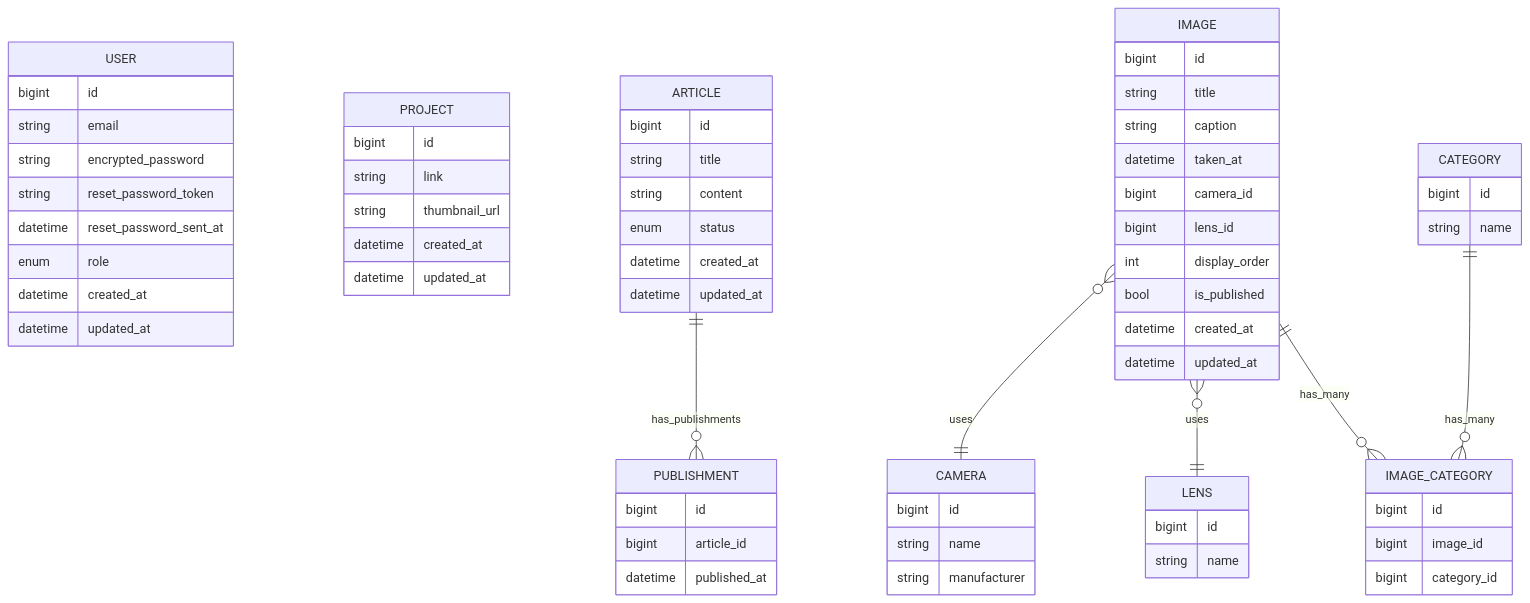
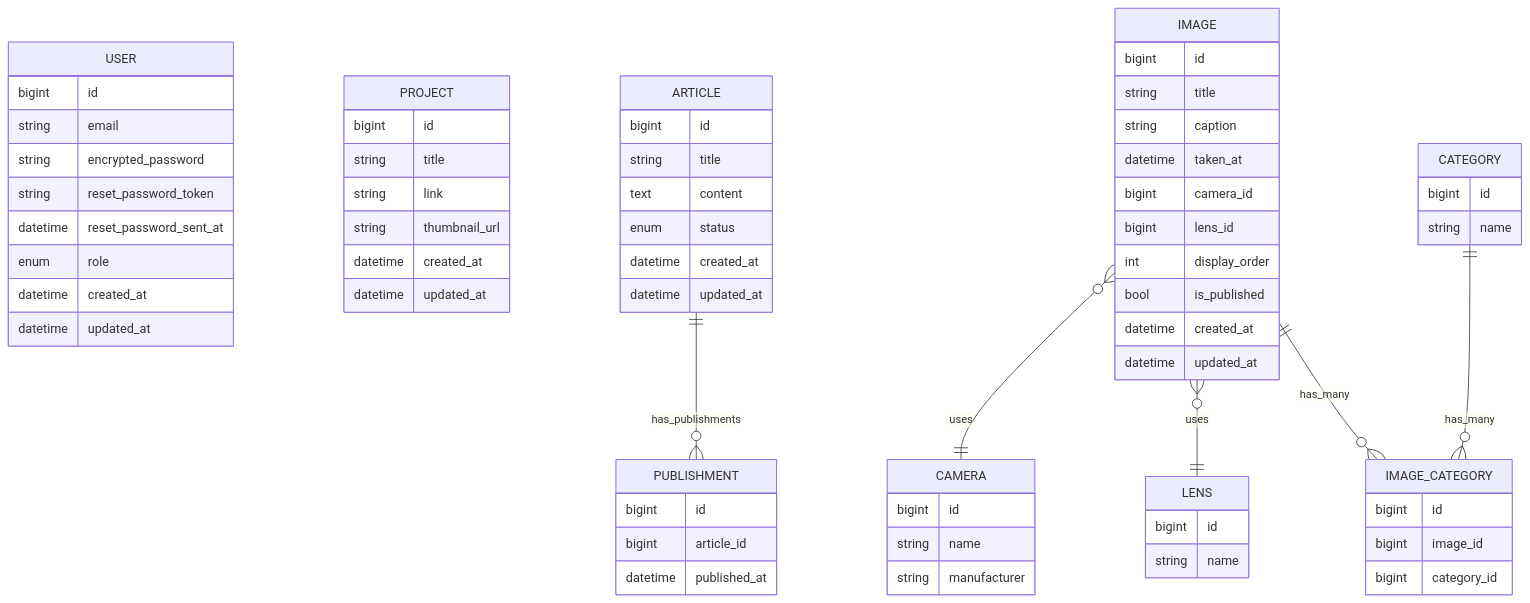
Before and after one commit to huji333/portfolio: the diagram in README.md, drawn with Mermaid. The commit also changed 37 other files, not shown here.

````diff
--- a/README.md
+++ b/README.md
@@ -5,68 +5,69 @@
 ```mermaid
 erDiagram
   USER{
     bigint id
     string email
     string encrypted_password
     string reset_password_token
     datetime reset_password_sent_at
     enum role
     datetime created_at
     datetime updated_at
   }
   PROJECT{
     bigint id
+    string title
     string link
     string thumbnail_url
     datetime created_at
     datetime updated_at
   }
   ARTICLE ||--o{ PUBLISHMENT : has_publishments
   ARTICLE{
     bigint id
     string title
-    string content
+    text content
     enum status
     datetime created_at
     datetime updated_at
   }
   PUBLISHMENT{
     bigint id
     bigint article_id
     datetime published_at
   }
   IMAGE }o--|| CAMERA : uses
   IMAGE }o--|| LENS : uses
   IMAGE{
     bigint id
     string title
     string caption
     datetime taken_at
     bigint camera_id
     bigint lens_id
     int display_order
     bool is_published
     datetime created_at
     datetime updated_at
   }
   LENS{
     bigint id
     string name
   }
   CAMERA{
     bigint id
     string name
     string manufacturer
   }
   IMAGE ||--o{ IMAGE_CATEGORY: has_many
   CATEGORY ||--o{ IMAGE_CATEGORY: has_many
   CATEGORY{
     bigint id
     string name
   }
   IMAGE_CATEGORY{
     bigint id
     bigint image_id
     bigint category_id
   }
 ```
````
